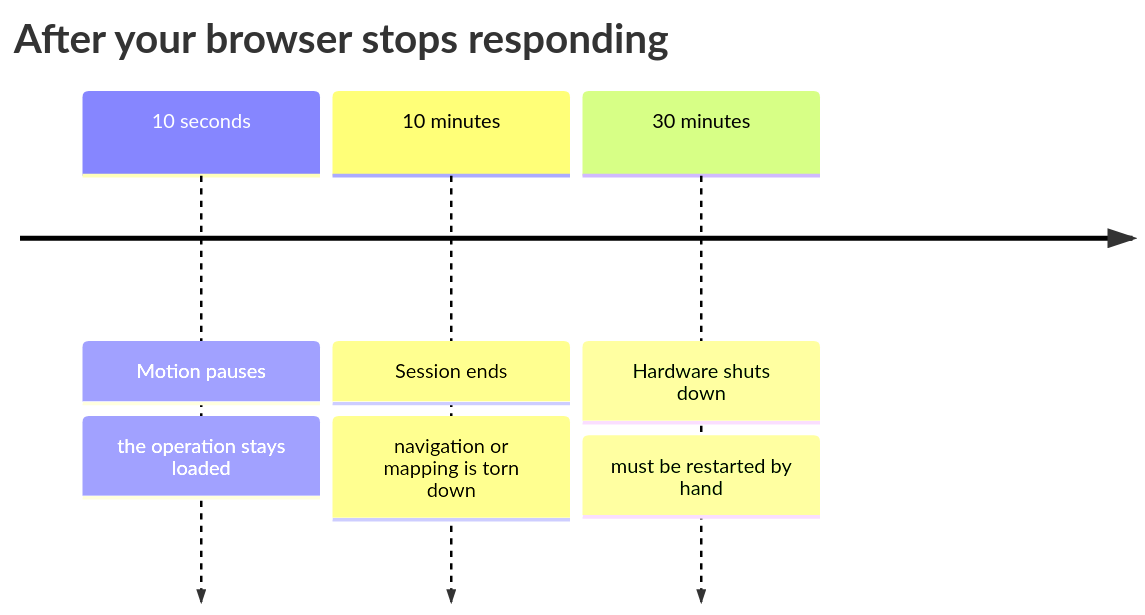
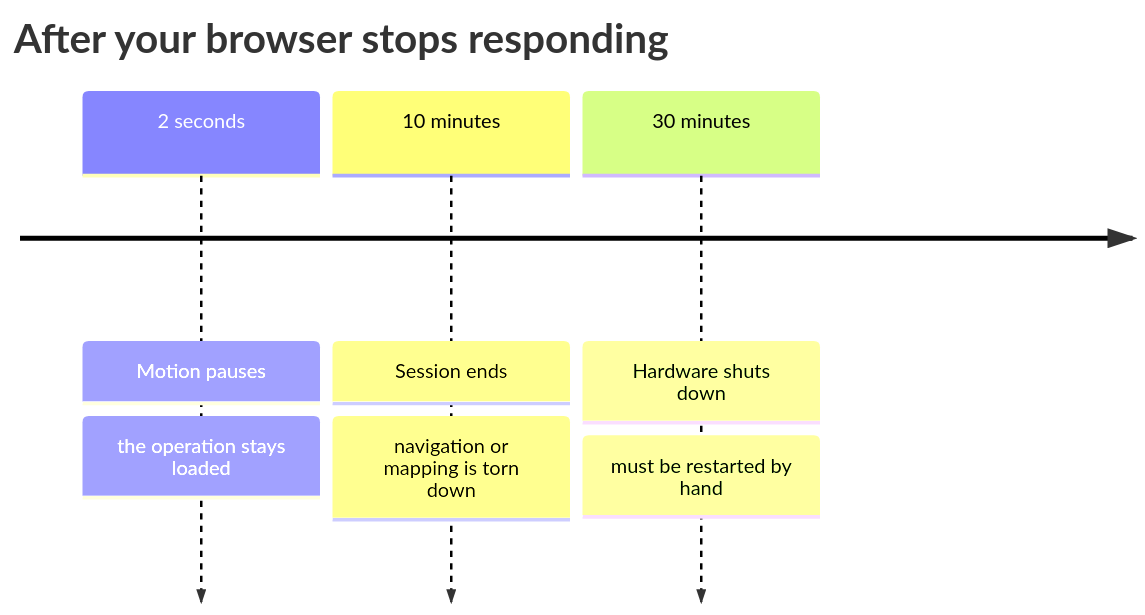
Before and after one commit to itbdelaboprogramming/msd700_documentation: the second of 4 diagrams in docs/id/user-guide/behavior.md, drawn with Mermaid. The commit also changed other lines of this file and 340 other files, not shown here.

````diff
--- a/docs/id/user-guide/behavior.md
+++ b/docs/id/user-guide/behavior.md
@@ -71,10 +71,10 @@
 ```mermaid
 timeline
   title After your browser stops responding
-  10 seconds : Motion pauses
+  2 seconds : Motion pauses
              : the operation stays loaded
   10 minutes : Session ends
              : navigation or mapping is torn down
   30 minutes : Hardware shuts down
              : must be restarted by hand
 ```
````
